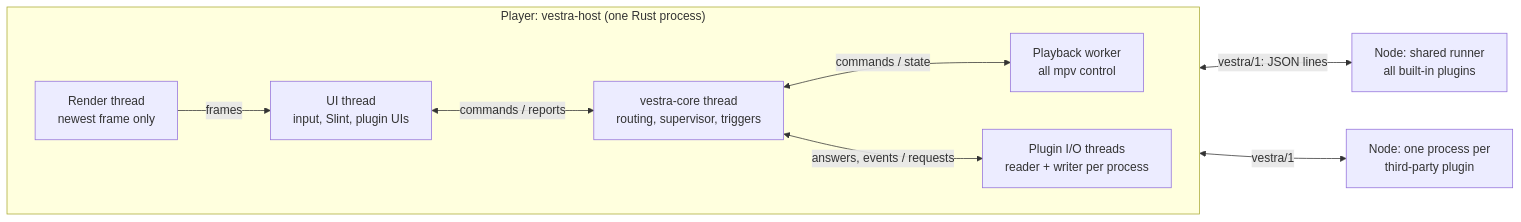
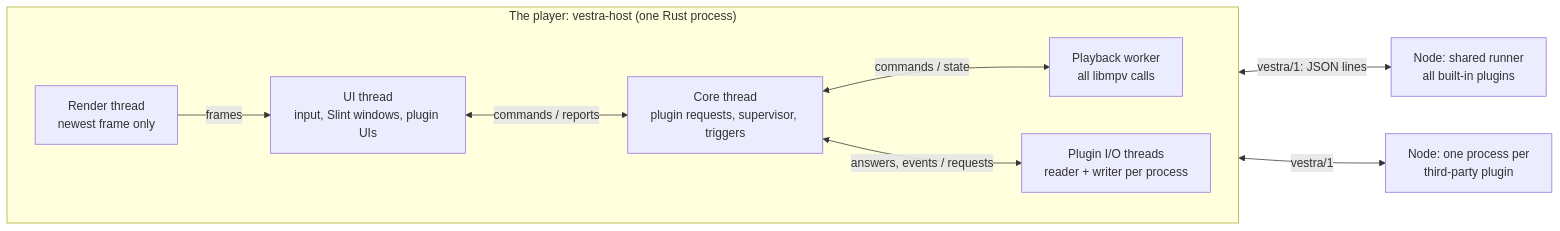
One commit to vestrasys/vestra-player changed the diagram in README.md. Above: the diagram before and after it, drawn with Mermaid. The commit also changed other lines of this file and 1 other file, not shown here.

First line of the commit message:
README for first-time readers; doc/architecture.md from current code

````diff
--- a/README.md
+++ b/README.md
@@ -48,19 +68,19 @@
 ```mermaid
 flowchart LR
-    subgraph HOST["Player: vestra-host (one Rust process)"]
+    subgraph HOST["The player: vestra-host (one Rust process)"]
         direction LR
         RT["Render thread<br/>newest frame only"]
-        UI["UI thread<br/>input, Slint, plugin UIs"]
-        CORE["vestra-core thread<br/>routing, supervisor, triggers"]
-        PB["Playback worker<br/>all mpv control"]
+        UI["UI thread<br/>input, Slint windows, plugin UIs"]
+        CORE["Core thread<br/>plugin requests, supervisor, triggers"]
+        PB["Playback worker<br/>all libmpv calls"]
         IO["Plugin I/O threads<br/>reader + writer per process"]
     end
     SR["Node: shared runner<br/>all built-in plugins"]
     TP["Node: one process per<br/>third-party plugin"]
     RT -- "frames" --> UI
     UI <-->|"commands / reports"| CORE
     CORE <-->|"commands / state"| PB
     CORE <-->|"answers, events / requests"| IO
     IO <-->|"vestra/1: JSON lines"| SR
     IO <-->|"vestra/1"| TP
 ```
````
